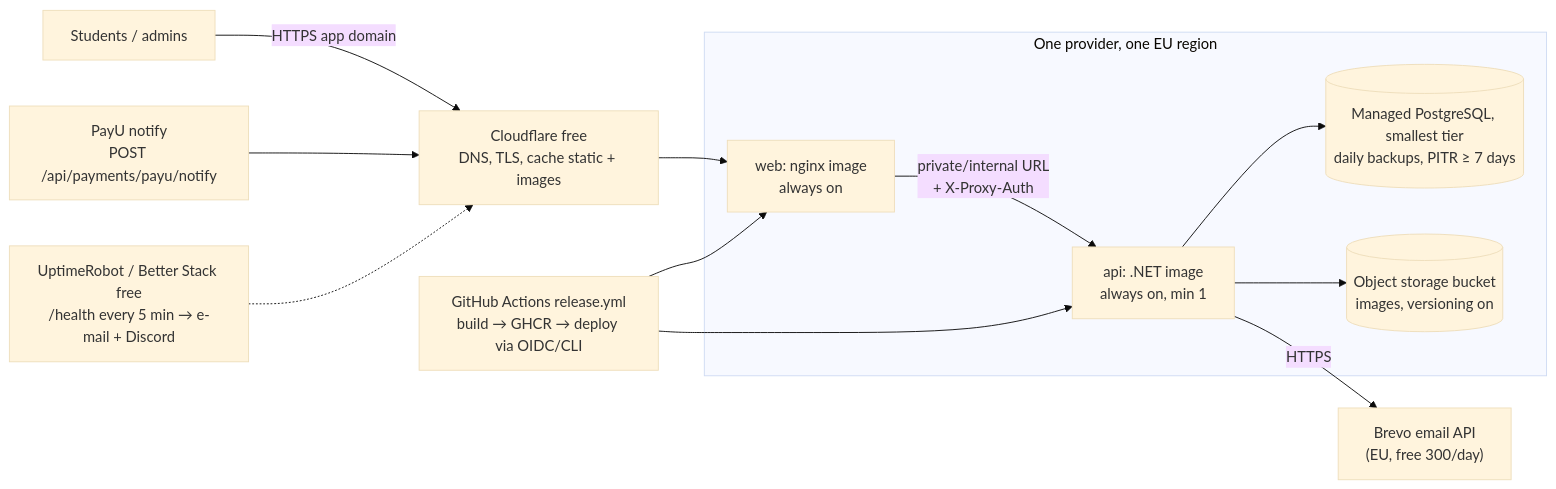
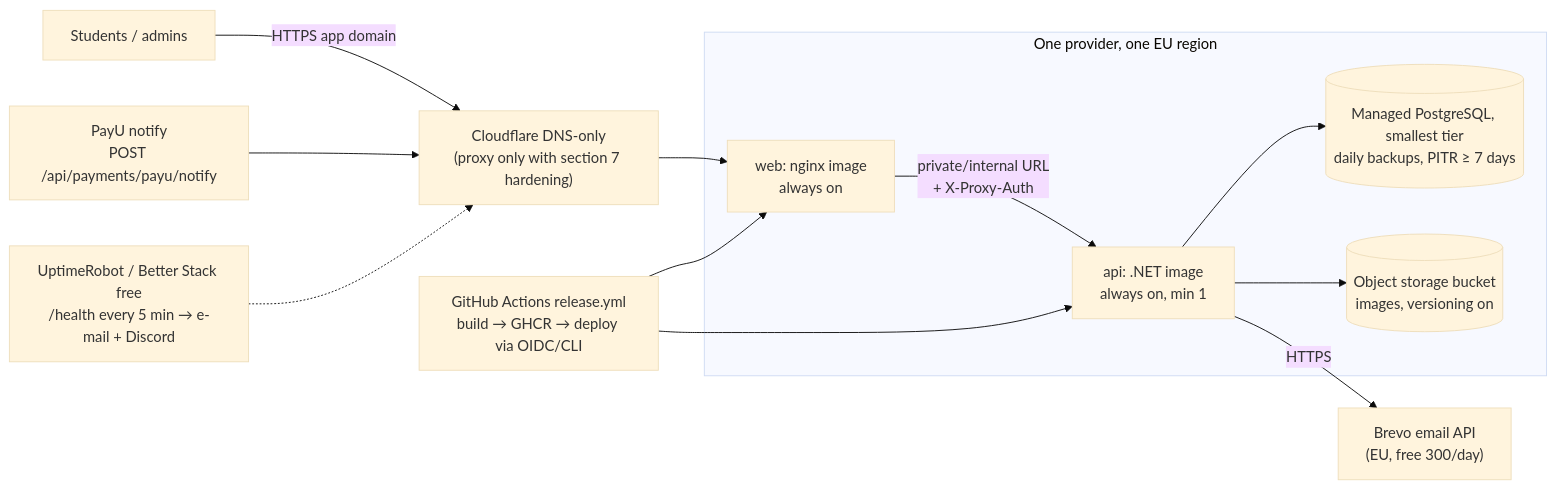
Before and after one commit to ESN-App/ESN-App: the fourth of 7 diagrams in docs/research/hosting.md, drawn with Mermaid (base theme). The commit also changed other lines of this file, not shown here.

Commit message:
docs(research): address review, add DO App Platform option

````diff
--- a/docs/research/hosting.md
+++ b/docs/research/hosting.md
@@ -130,14 +132,14 @@
 ```mermaid
 flowchart LR
-  u[Students / admins] -->|HTTPS app domain| cf["Cloudflare free<br/>DNS, TLS, cache static + images"]
+  u[Students / admins] -->|HTTPS app domain| cf["Cloudflare DNS-only<br/>(proxy only with section 7 hardening)"]
   payu[PayU notify<br/>POST /api/payments/payu/notify] --> cf
   subgraph eu["One provider, one EU region"]
     web["web: nginx image<br/>always on"] -->|private/internal URL<br/>+ X-Proxy-Auth| api["api: .NET image<br/>always on, min 1"]
     api --> pg[("Managed PostgreSQL, smallest tier<br/>daily backups, PITR ≥ 7 days")]
     api --> os[("Object storage bucket<br/>images, versioning on")]
   end
   cf --> web
   api -->|HTTPS| brevo["Brevo email API<br/>(EU, free 300/day)"]
   mon["UptimeRobot / Better Stack free<br/>/health every 5 min → e-mail + Discord"] -.-> cf
   gh["GitHub Actions release.yml<br/>build → GHCR → deploy via OIDC/CLI"] --> web & api
 ```
````
